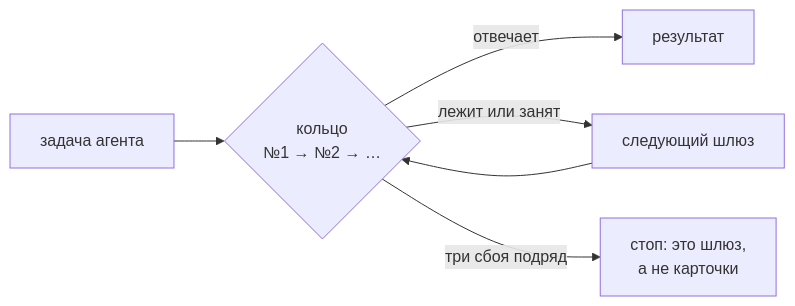
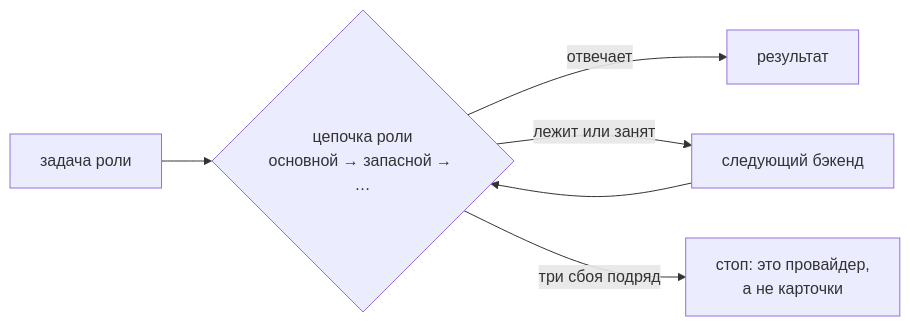
One commit to VVG-web/aurora-studio changed the diagram in wiki/ru/The-Agent.md. Above: the diagram before and after it, drawn with Mermaid. The commit also changed other lines of this file and 59 other files, not shown here.

````diff
--- a/wiki/ru/The-Agent.md
+++ b/wiki/ru/The-Agent.md
@@ -19,7 +19,7 @@
 ```mermaid
 flowchart LR
-  CALL["задача агента"] --> R{"кольцо<br>№1 → №2 → …"}
+  CALL["задача роли"] --> R{"цепочка роли<br>основной → запасной → …"}
   R -->|"отвечает"| OK["результат"]
-  R -->|"лежит или занят"| NEXT["следующий шлюз"] --> R
-  R -->|"три сбоя подряд"| STOP["стоп: это шлюз,<br>а не карточки"]
+  R -->|"лежит или занят"| NEXT["следующий бэкенд"] --> R
+  R -->|"три сбоя подряд"| STOP["стоп: это провайдер,<br>а не карточки"]
 ```
````
